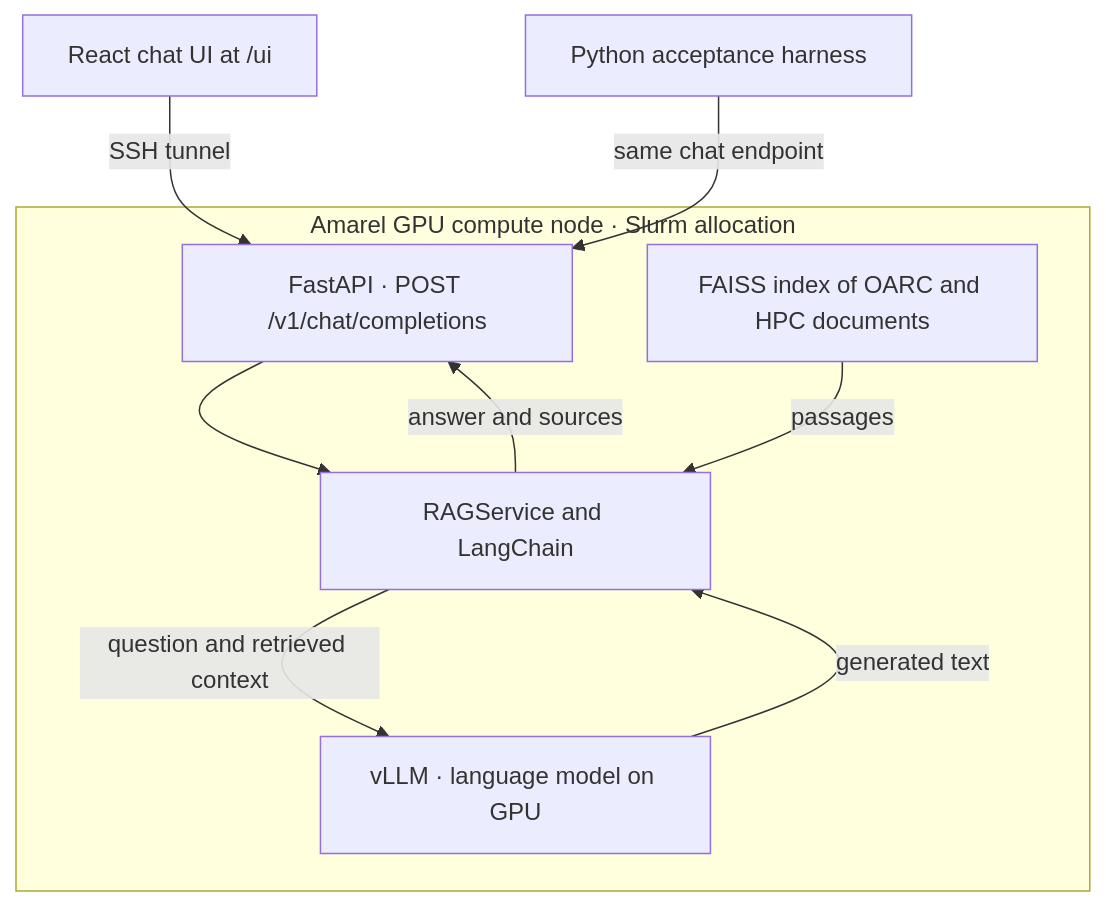
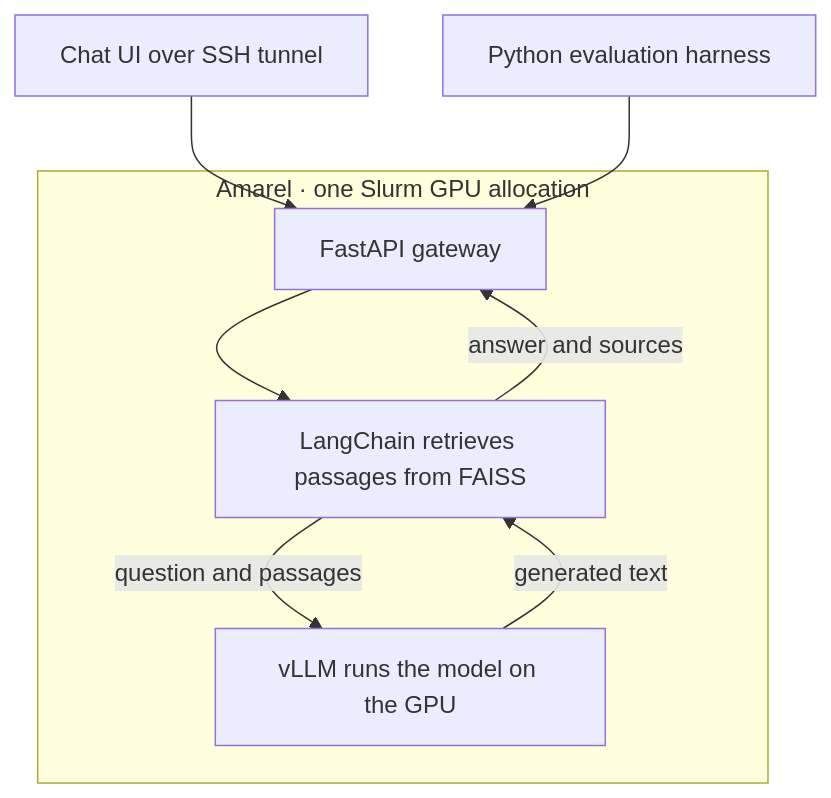
Before and after one commit to epunzal2/oarc-ai-assistant: the diagram in README.md, drawn with Mermaid. The commit also changed other lines of this file and 1 other file, not shown here.

Commit message:
docs: shorten the stakeholder README and explain GPU sizing

````diff
--- a/README.md
+++ b/README.md
@@ -13,12 +13,11 @@
 ```mermaid
 flowchart TD
-    UI["React chat UI at /ui"] -->|SSH tunnel| API
-    Harness["Python acceptance harness"] -->|same chat endpoint| API
-    subgraph Job["Amarel GPU compute node · Slurm allocation"]
-        API["FastAPI · POST /v1/chat/completions"] --> RAG["RAGService and LangChain"]
-        Index["FAISS index of OARC and HPC documents"] -->|passages| RAG
-        RAG -->|question and retrieved context| GPU["vLLM · language model on GPU"]
-        GPU -->|generated text| RAG
+    UI["Chat UI over SSH tunnel"] --> API
+    Harness["Python evaluation harness"] --> API
+    subgraph Job["Amarel · one Slurm GPU allocation"]
+        API["FastAPI gateway"] --> RAG["LangChain retrieves passages from FAISS"]
+        RAG -->|question and passages| Model["vLLM runs the model on the GPU"]
+        Model -->|generated text| RAG
         RAG -->|answer and sources| API
     end
 ```
````
